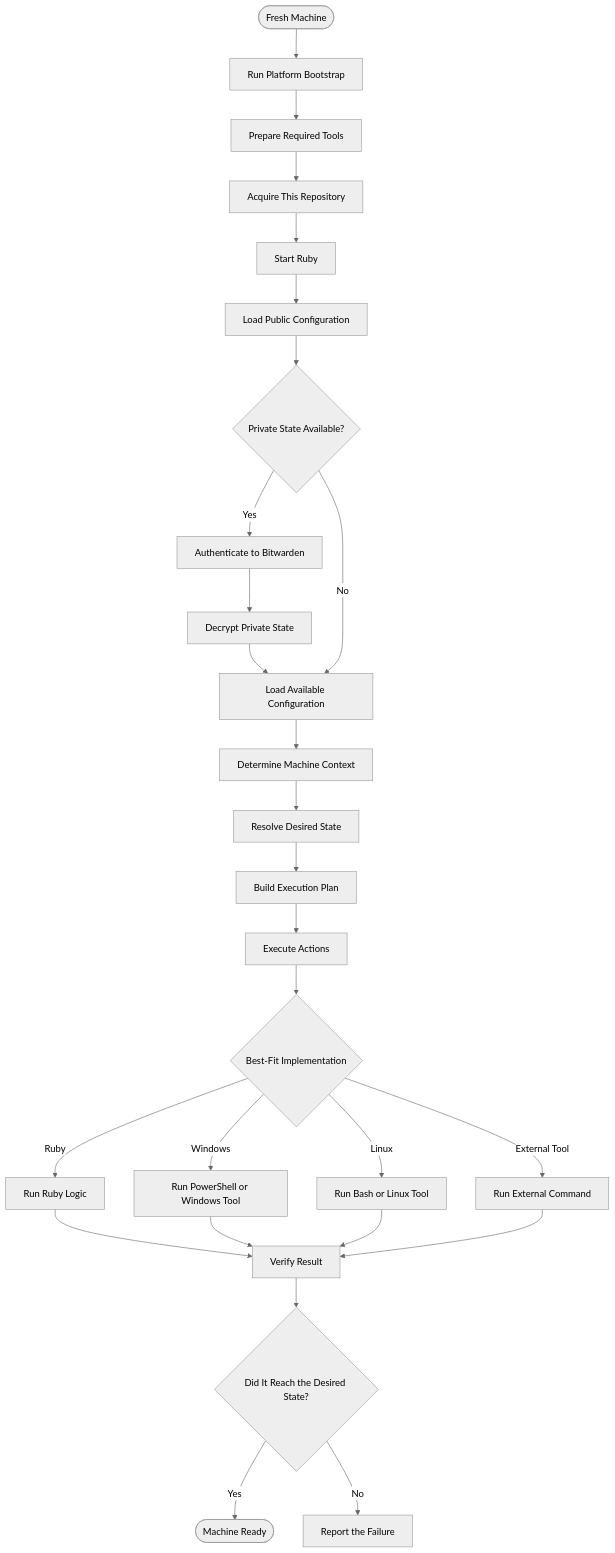
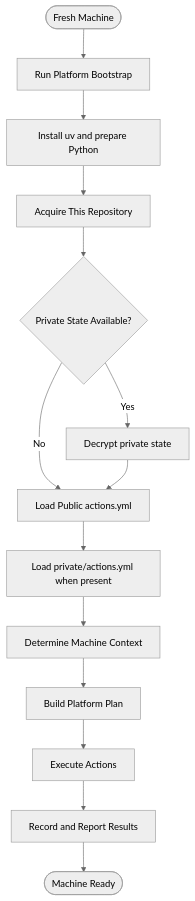
One commit to mewclouds/dotfiles changed the diagram in ARCHITECTURE.md. Above: the diagram before and after it, drawn with Mermaid (neutral theme). The commit also changed other lines of this file and 46 other files, not shown here.

````diff
--- a/ARCHITECTURE.md
+++ b/ARCHITECTURE.md
@@ -38,34 +27,16 @@
 ```mermaid
 flowchart TD
     START([Fresh Machine]) --> BOOTSTRAP[Run Platform Bootstrap]
-    BOOTSTRAP --> TOOLS[Prepare Required Tools]
-    TOOLS --> REPOSITORY[Acquire This Repository]
-    REPOSITORY --> RUBY[Start Ruby]
-
-    RUBY --> PUBLIC[Load Public Configuration]
-    PUBLIC --> PRIVATE{Private State Available?}
-    PRIVATE -->|Yes| AUTH[Authenticate to Bitwarden]
-    AUTH --> UNLOCK[Decrypt Private State]
-    UNLOCK --> CONFIG[Load Available Configuration]
-    PRIVATE -->|No| CONFIG
-
-    CONFIG --> CONTEXT[Determine Machine Context]
-    CONTEXT --> DESIRED[Resolve Desired State]
-    DESIRED --> PLAN[Build Execution Plan]
-    PLAN --> ACTIONS[Execute Actions]
-
-    ACTIONS --> IMPLEMENTATION{Best-Fit Implementation}
-    IMPLEMENTATION -->|Ruby| RUBY_ACTION[Run Ruby Logic]
-    IMPLEMENTATION -->|Windows| WINDOWS[Run PowerShell or Windows Tool]
-    IMPLEMENTATION -->|Linux| LINUX[Run Bash or Linux Tool]
-    IMPLEMENTATION -->|External Tool| EXTERNAL[Run External Command]
-
-    RUBY_ACTION --> VERIFY[Verify Result]
-    WINDOWS --> VERIFY
-    LINUX --> VERIFY
-    EXTERNAL --> VERIFY
-
-    VERIFY --> RESULT{Did It Reach the Desired State?}
-    RESULT -->|Yes| DONE([Machine Ready])
-    RESULT -->|No| FAILURE[Report the Failure]
+    BOOTSTRAP --> UV[Install uv and prepare Python]
+    UV --> REPOSITORY[Acquire This Repository]
+    REPOSITORY --> PRIVATE{Private State Available?}
+    PRIVATE -->|No| PUBLIC[Load Public actions.yml]
+    PRIVATE -->|Yes| DECRYPT[Decrypt private state]
+    DECRYPT --> PUBLIC
+    PUBLIC --> PRIVATE_ACTIONS[Load private/actions.yml when present]
+    PRIVATE_ACTIONS --> CONTEXT[Determine Machine Context]
+    CONTEXT --> PLAN[Build Platform Plan]
+    PLAN --> EXECUTE[Execute Actions]
+    EXECUTE --> VERIFY[Record and Report Results]
+    VERIFY --> DONE([Machine Ready])
 ```
````
